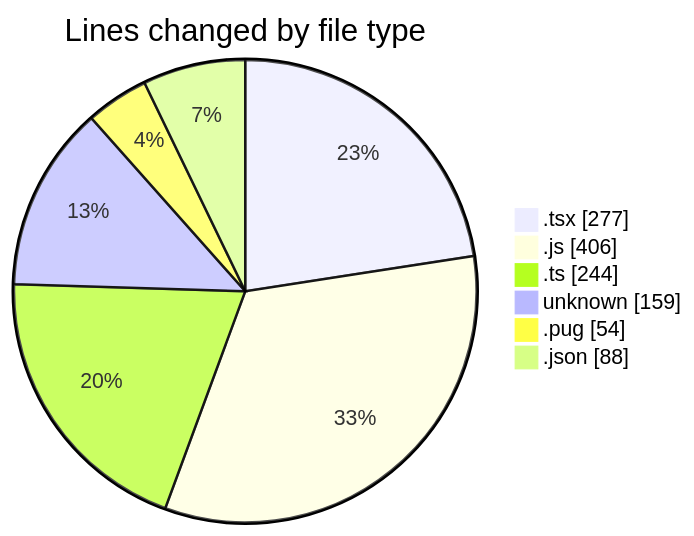
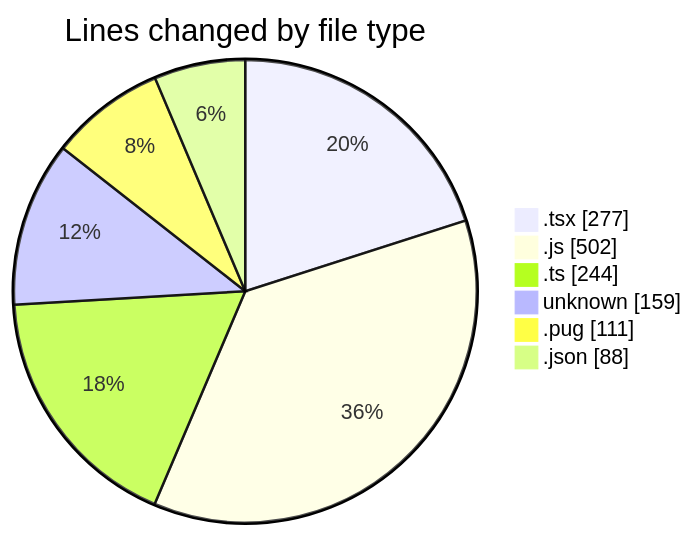
One commit to momahboobian/code-tracking changed the first of 2 diagrams in 2026-06-03/cda/README.md. Above: the diagram before and after it, drawn with Mermaid. The commit also changed other lines of this file and 1 other file, not shown here.

````diff
--- a/2026-06-03/cda/README.md
+++ b/2026-06-03/cda/README.md
@@ -29,10 +30,10 @@
 ```mermaid
 pie showData
 title Lines changed by file type
 ".tsx" : 277
-".js" : 406
+".js" : 502
 ".ts" : 244
 "unknown" : 159
-".pug" : 54
+".pug" : 111
 ".json" : 88
 ```
````
